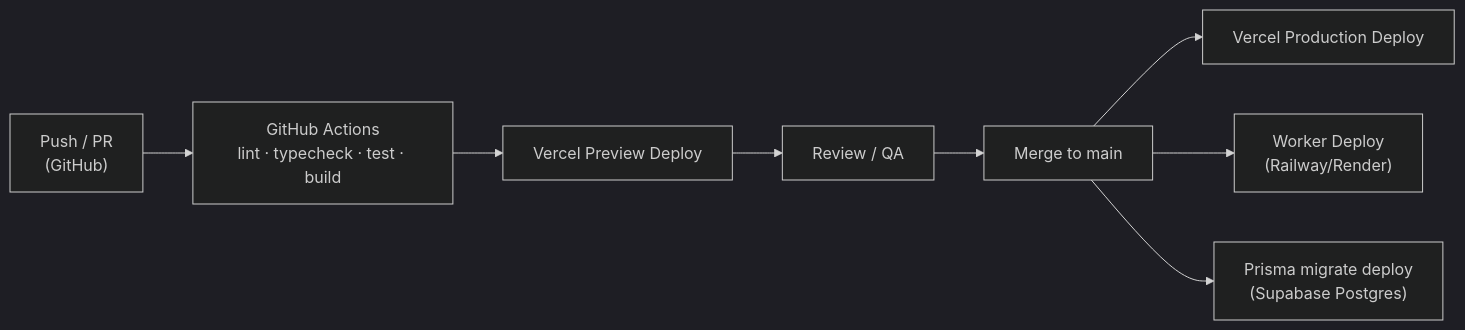
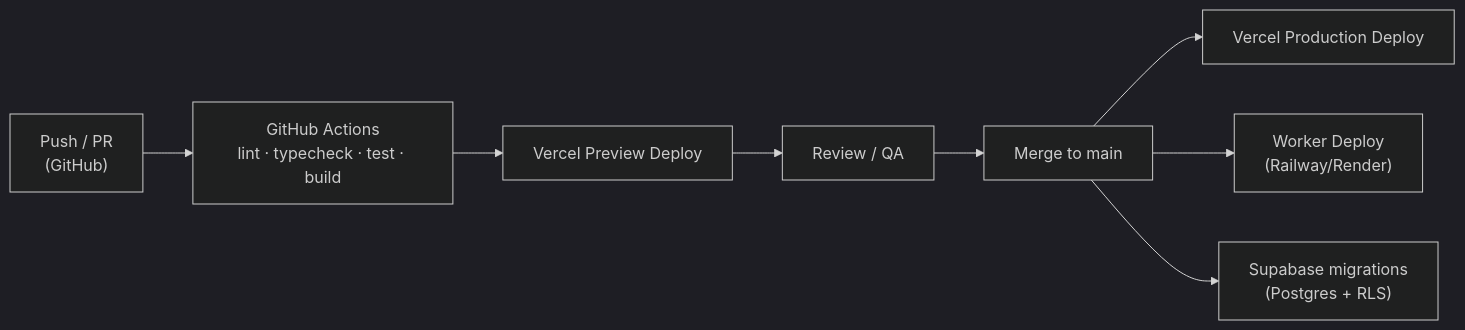
Before and after one commit to RaghuDesigner/Audient: the seventh of 7 diagrams in docs/TECHNICAL_ARCHITECTURE.md, drawn with Mermaid (dark theme). The commit also changed other lines of this file and 65 other files, not shown here.

Commit message:
refactor: remove prisma and standardize on Supabase

````diff
--- a/docs/TECHNICAL_ARCHITECTURE.md
+++ b/docs/TECHNICAL_ARCHITECTURE.md
@@ -1404,10 +1404,10 @@
 ```mermaid
 flowchart LR
     DEV["Push / PR<br/>(GitHub)"] --> CI["GitHub Actions<br/>lint · typecheck · test · build"]
     CI --> PREV["Vercel Preview Deploy"]
     PREV --> REV["Review / QA"]
     REV --> MERGE["Merge to main"]
     MERGE --> PROD["Vercel Production Deploy"]
     MERGE --> WDEP["Worker Deploy<br/>(Railway/Render)"]
-    MERGE --> MIG["Prisma migrate deploy<br/>(Supabase Postgres)"]
+    MERGE --> MIG["Supabase migrations<br/>(Postgres + RLS)"]
 ```
````
